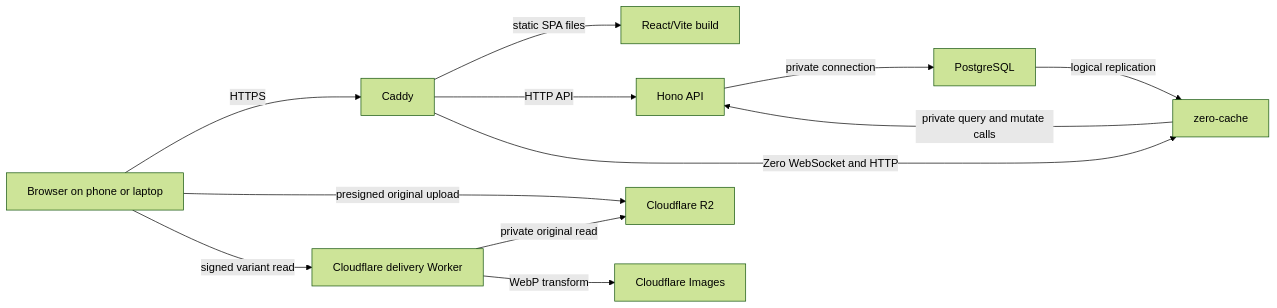
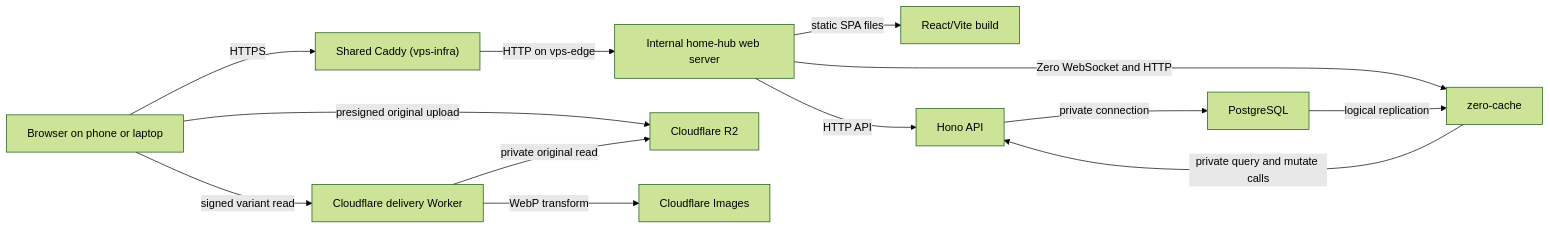
The second of 2 diagrams in docs/architecture.md (arturchichorro/home-hub), drawn with Mermaid (forest theme) before and after one commit. The commit also changed other lines of this file and 4 other files, not shown here.

Commit message:
chore(deploy): move public ingress to independent VPS infrastructure

````diff
--- a/docs/architecture.md
+++ b/docs/architecture.md
@@ -266,14 +267,15 @@
 ```mermaid
 flowchart LR
-  Client["Browser on phone or laptop"] -->|"HTTPS"| Caddy
+  Client["Browser on phone or laptop"] -->|"HTTPS"| Ingress["Shared Caddy (vps-infra)"]
+  Ingress -->|"HTTP on vps-edge"| Caddy["Internal home-hub web server"]
   Caddy -->|"static SPA files"| Web["React/Vite build"]
   Caddy -->|"HTTP API"| API["Hono API"]
   Caddy -->|"Zero WebSocket and HTTP"| Zero["zero-cache"]
   Zero -->|"private query and mutate calls"| API
   API -->|"private connection"| PG["PostgreSQL"]
   PG -->|"logical replication"| Zero
   Client -->|"presigned original upload"| R2["Cloudflare R2"]
   Client -->|"signed variant read"| Edge["Cloudflare delivery Worker"]
   Edge -->|"private original read"| R2
   Edge -->|"WebP transform"| Images["Cloudflare Images"]
 ```
````
